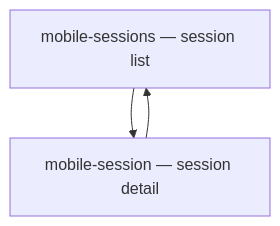
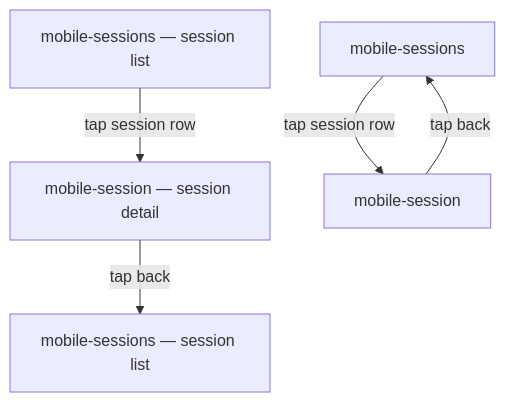
One commit to sprout-foundry/sprout changed the diagram in design/flows/mobile-screens.mmd. Above: the diagram before and after it, drawn with Mermaid. The commit also changed 12 other files, not shown here.

```diff
--- a/design/flows/mobile-screens.mmd
+++ b/design/flows/mobile-screens.mmd
@@ -1,12 +1,11 @@
-%% mobile-screens — the SP-143 143.7 dogfood pair: the kit's phone screens
-%% and the runtime's in-place data-nav swap between them. Node ids are
-%% wireframe stems. Triggers live in the %% comments (the design/flows
-%% contract keeps edges label-free): the triggers the screens' data-nav
-%% anchors author.
+%% mobile-screens — derived flow export (SP-140-9 §9b). Derived from the flow source .json + the touched screens' data-nav edges (SP-140-9 §9b). Do not edit by hand; regenerate with design_export_tokens targets:flows.
+%% flow-source-hash: fnv1a64:289eab06b3c4adbf
+%% Source: design/flows/mobile-screens.json, then design/screens/<stem>.html for the touched screens sorted by stem. Recompute the hash from those bytes (fnv1a64) to verify.
 flowchart TD
-  mobile-sessions["mobile-sessions — session list"]
-  mobile-session["mobile-session — session detail"]
-  %% tap a session row (the screen kit's first real navigation)
-  mobile-sessions --> mobile-session
-  %% tap back in the detail top bar
-  mobile-session --> mobile-sessions
+  s1["mobile-sessions — session list"]
+  s2["mobile-session — session detail"]
+  s3["mobile-sessions — session list"]
+  s1 -->|tap session row| s2
+  s2 -->|tap back| s3
+  mobile-sessions -->|tap session row| mobile-session
+  mobile-session -->|tap back| mobile-sessions
```
